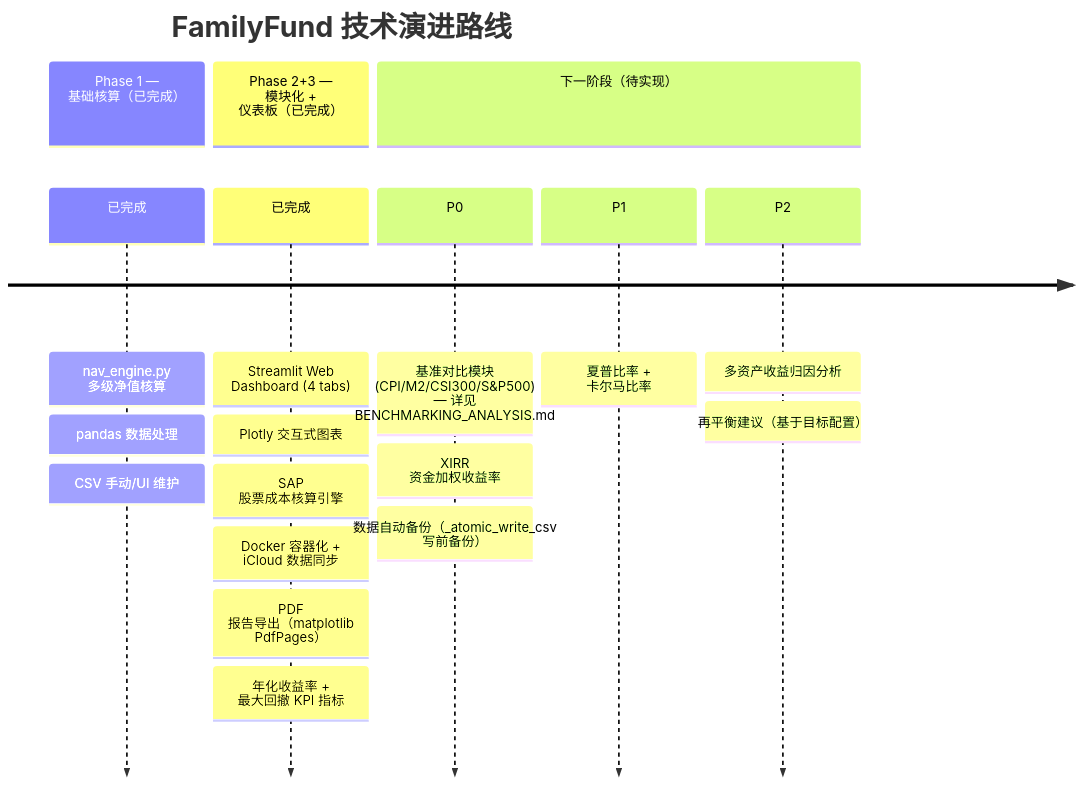
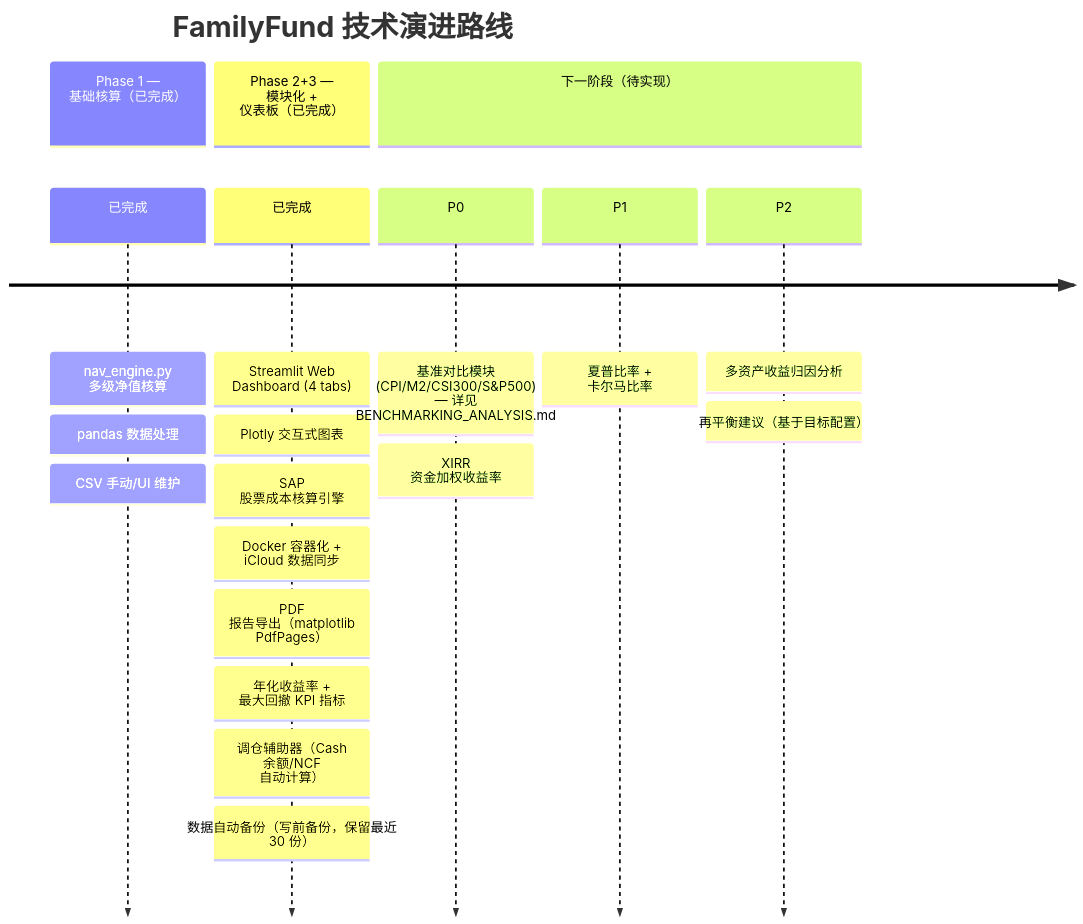
One commit to Haolun123/FamilyFund changed diagram 16 of 16 in ARCHITECTURE_shared.md. Above: the diagram before and after it, drawn with Mermaid. The commit also changed other lines of this file and 2 other files, not shown here.

Commit message:
Add auto-backup before every portfolio.csv write
_atomic_write_csv now copies the existing file to data/backups/
portfolio_YYYYMMDD_HHMMSS.csv before each save. Keeps the 30 most
recent backups and prunes older ones automatically. data/backups/
added to .gitignore (iCloud sync handles persistence).

````diff
--- a/ARCHITECTURE_shared.md
+++ b/ARCHITECTURE_shared.md
@@ -983,22 +983,23 @@
 ```mermaid
 timeline
     title FamilyFund 技术演进路线
     section Phase 1 — 基础核算（已完成）
         已完成 : nav_engine.py 多级净值核算
              : pandas 数据处理
              : CSV 手动/UI 维护
     section Phase 2+3 — 模块化 + 仪表板（已完成）
         已完成 : Streamlit Web Dashboard (4 tabs)
              : Plotly 交互式图表
              : SAP 股票成本核算引擎
              : Docker 容器化 + iCloud 数据同步
              : PDF 报告导出（matplotlib PdfPages）
              : 年化收益率 + 最大回撤 KPI 指标
+             : 调仓辅助器（Cash 余额/NCF 自动计算）
+             : 数据自动备份（写前备份，保留最近 30 份）
     section 下一阶段（待实现）
         P0 : 基准对比模块 (CPI/M2/CSI300/S&P500) — 详见 BENCHMARKING_ANALYSIS.md
            : XIRR 资金加权收益率
-           : 数据自动备份（_atomic_write_csv 写前备份）
         P1 : 夏普比率 + 卡尔马比率
         P2 : 多资产收益归因分析
            : 再平衡建议（基于目标配置）
 ```
````
